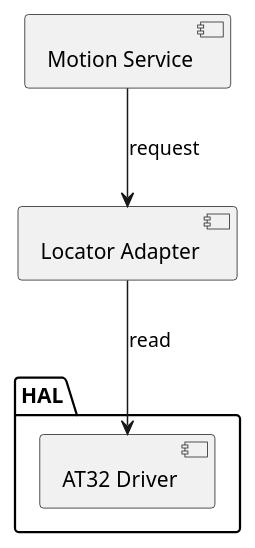
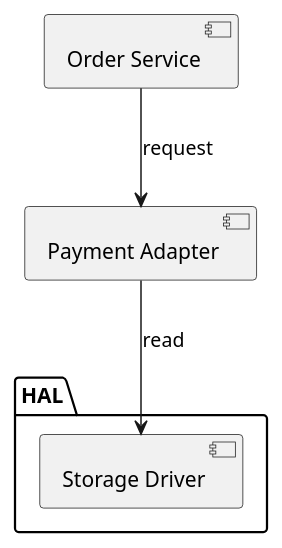
Before and after one commit to AmethystLuna/logicprobe: the diagram in skills/logicprobe-uml/references/uml-modeling-guide.md, drawn with PlantUML. The commit also changed other lines of this file and 17 other files, not shown here.

````diff
--- a/skills/logicprobe-uml/references/uml-modeling-guide.md
+++ b/skills/logicprobe-uml/references/uml-modeling-guide.md
@@ -142,11 +142,11 @@
 ```plantuml
 @startuml
-component [Motion Service] as MS
-component [Locator Adapter] as LA
+component [Order Service] as SVC
+component [Payment Adapter] as PAY
 package "HAL" {
-  component [AT32 Driver] as DRV
+  component [Storage Driver] as DRV
 }
-MS --> LA : request
-LA --> DRV : read
+SVC --> PAY : request
+PAY --> DRV : read
 @enduml
 ```
````
